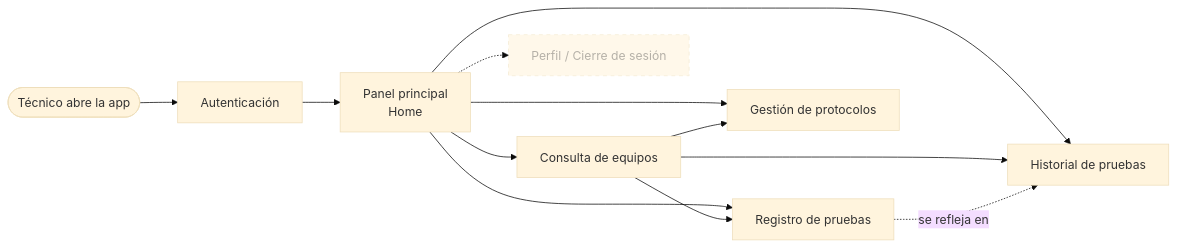
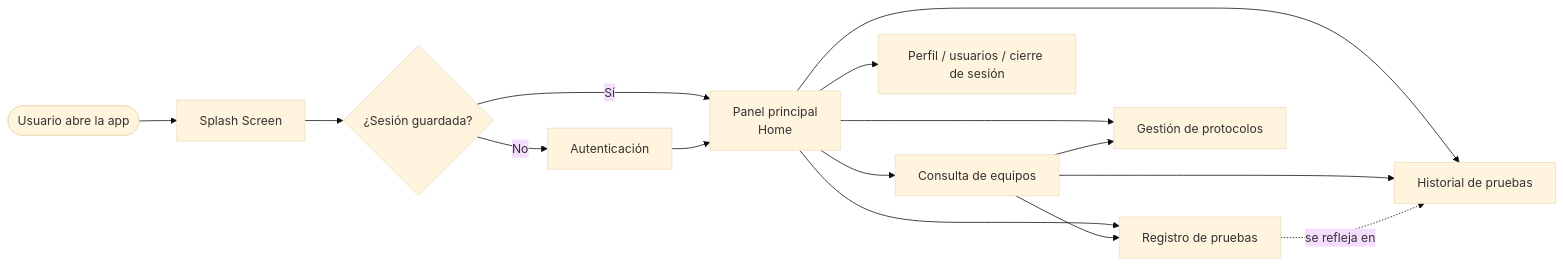
Before and after one commit to Simon2853/Electra: the first of 8 diagrams in PROCESO.md, drawn with Mermaid (base theme). The commit also changed other lines of this file and 2 other files, not shown here.

Commit message:
feat: actualizar la documentación de la app a los microservicios, Retrofit, Open-Meteo, Splash y pruebas unitarias

````diff
--- a/PROCESO.md
+++ b/PROCESO.md
@@ -8,15 +10,17 @@
 ```mermaid
 flowchart LR
-    A([Técnico abre la app]) --> B[Autenticación]
+    A([Usuario abre la app]) --> SP[Splash Screen]
+    SP --> S{¿Sesión guardada?}
+    S -- No --> B[Autenticación]
+    S -- Sí --> C
     B --> C[Panel principal<br/>Home]
     C --> D[Consulta de equipos]
     C --> E[Registro de pruebas]
     C --> F[Historial de pruebas]
     C --> G[Gestión de protocolos]
+    C --> H[Perfil / usuarios / cierre de sesión]
     D --> E
     D --> F
     D --> G
     E -.->|se refleja en| F
-    C -.-> H[Perfil / Cierre de sesión]:::na
-    classDef na stroke-dasharray: 5 5,opacity:0.6
 ```
````
